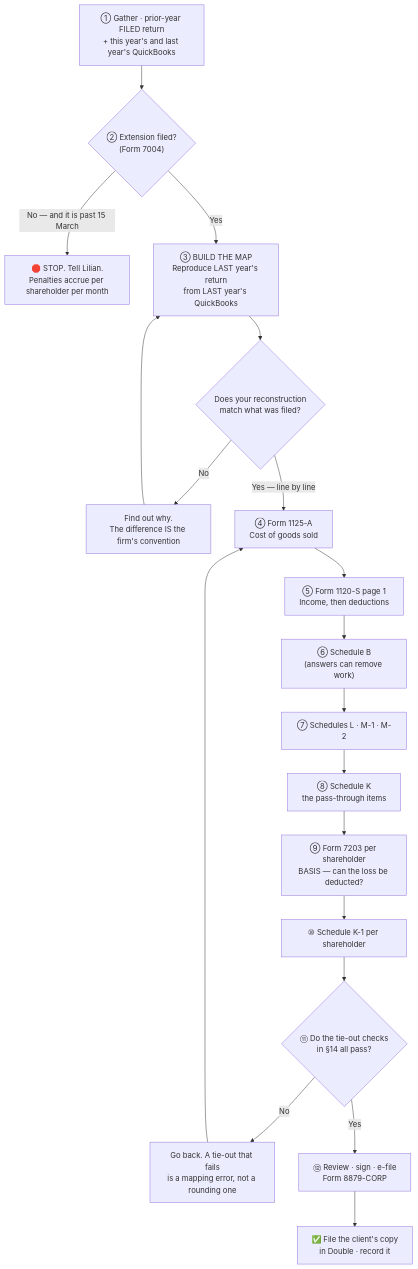
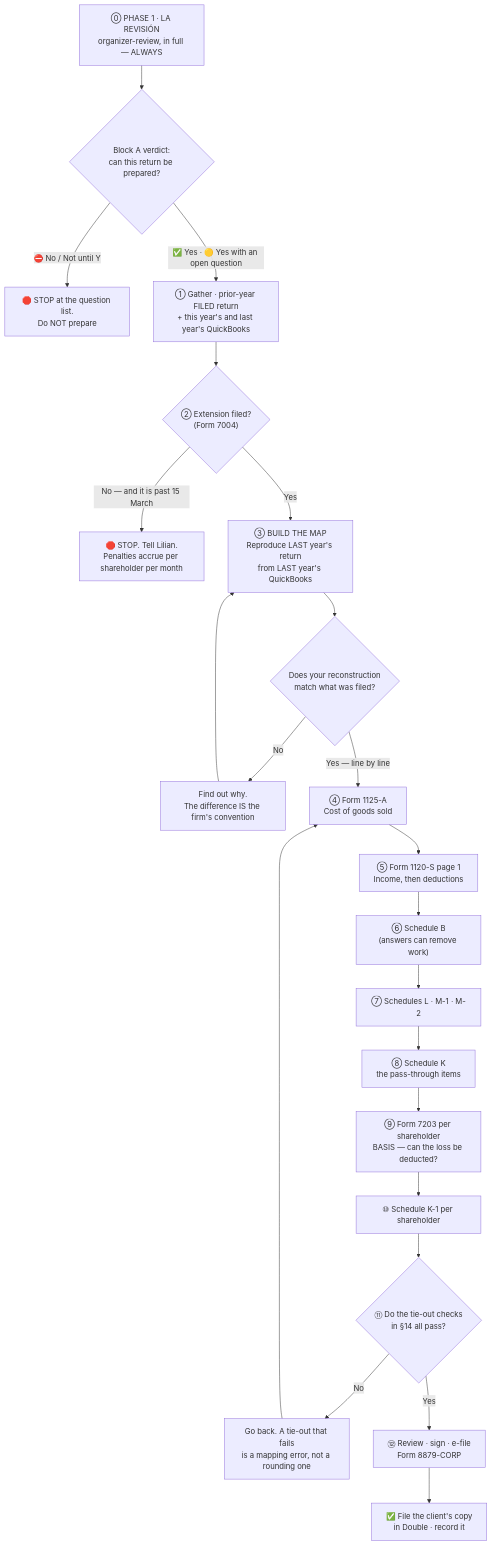
The diagram in projects/sops/form-1120s-preparation.md (JuliaJKAcct/JKAccountingGroup), drawn with Mermaid before and after one commit. The commit also changed other lines of this file and 5 other files, not shown here.

First line of the commit message:
Review fixes: the gate could not see the books, and the always was bypassable

````diff
--- a/projects/sops/form-1120s-preparation.md
+++ b/projects/sops/form-1120s-preparation.md
@@ -28,21 +28,24 @@
 ```mermaid
 flowchart TD
+    Z["⓪ PHASE 1 · LA REVISIÓN<br/>organizer-review, in full — ALWAYS"] --> Z1{"Block A verdict:<br/>can this return be prepared?"}
+    Z1 -->|"⛔ No / Not until Y"| Z2["🛑 STOP at the question list.<br/>Do NOT prepare"]
+    Z1 -->|"✅ Yes · 🟡 Yes with an open question"| A
     A["① Gather · prior-year FILED return<br/>+ this year's and last year's QuickBooks"] --> B{"② Extension filed?<br/>(Form 7004)"}
     B -->|"No — and it is past 15 March"| B1["🛑 STOP. Tell Lilian.<br/>Penalties accrue per shareholder per month"]
     B -->|"Yes"| C["③ BUILD THE MAP<br/>Reproduce LAST year's return<br/>from LAST year's QuickBooks"]
     C --> D{"Does your reconstruction<br/>match what was filed?"}
     D -->|"No"| C1["Find out why.<br/>The difference IS the firm's convention"]
     C1 --> C
     D -->|"Yes — line by line"| E["④ Form 1125-A<br/>Cost of goods sold"]
     E --> F["⑤ Form 1120-S page 1<br/>Income, then deductions"]
     F --> G["⑥ Schedule B<br/>(answers can remove work)"]
     G --> H["⑦ Schedules L · M-1 · M-2"]
     H --> I["⑧ Schedule K<br/>the pass-through items"]
     I --> J["⑨ Form 7203 per shareholder<br/>BASIS — can the loss be deducted?"]
     J --> K["⑩ Schedule K-1 per shareholder"]
     K --> L{"⑪ Do the tie-out checks<br/>in §14 all pass?"}
     L -->|"No"| L1["Go back. A tie-out that fails<br/>is a mapping error, not a rounding one"]
     L1 --> E
     L -->|"Yes"| M["⑫ Review · sign · e-file<br/>Form 8879-CORP"]
     M --> N["✅ File the client's copy<br/>in Double · record it"]
 ```
````
